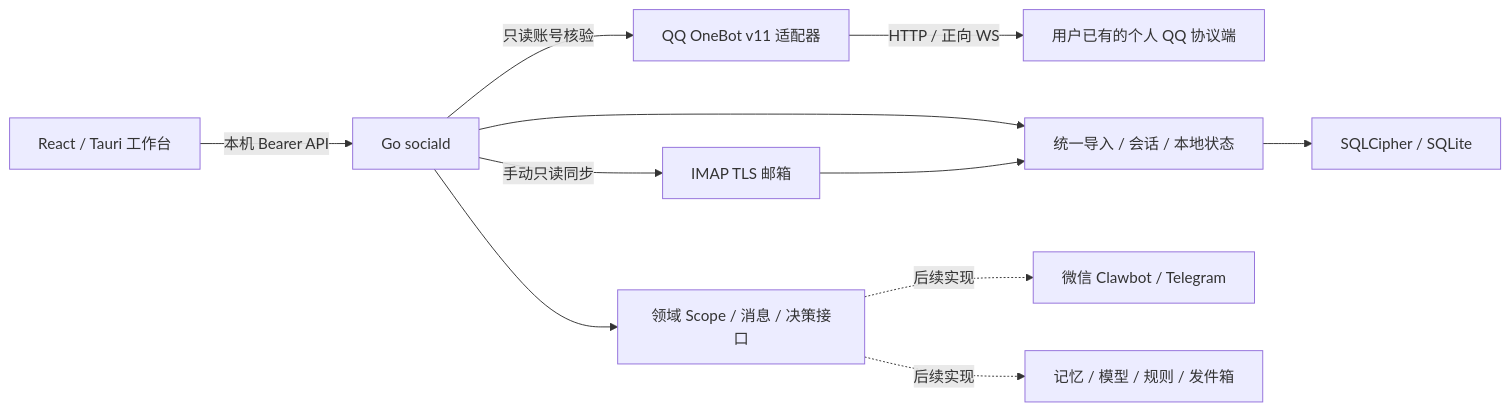
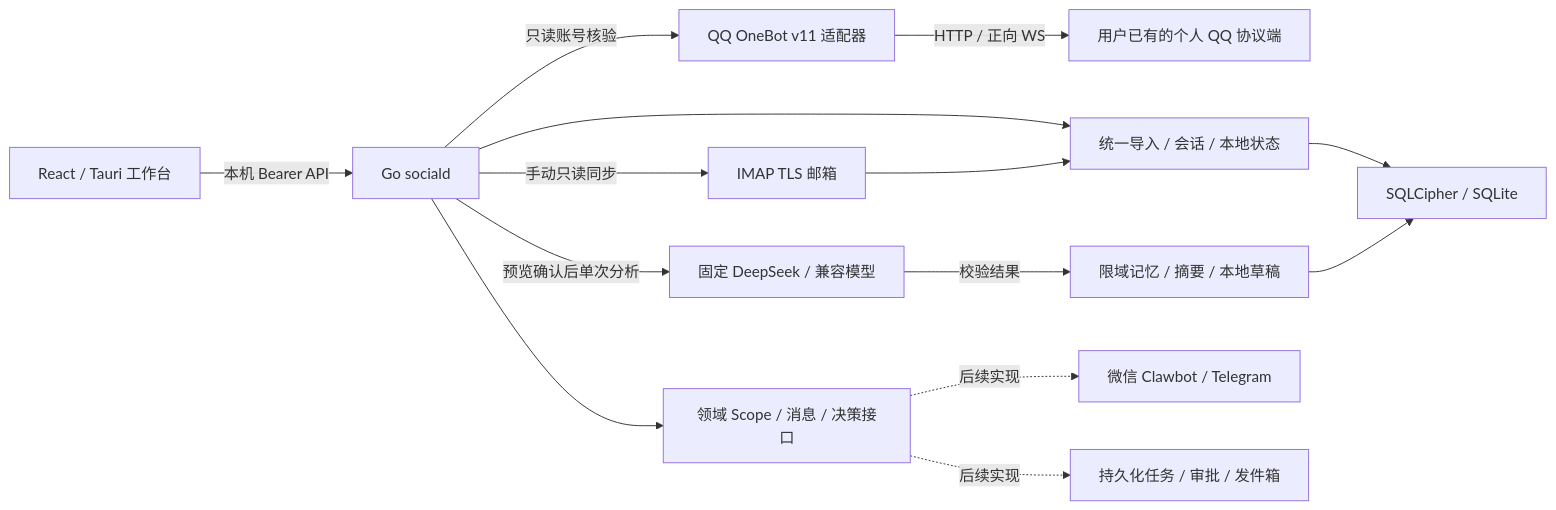
One commit to qilinbro/msg-manager changed the diagram in README.md. Above: the diagram before and after it, drawn with Mermaid. The commit also changed other lines of this file and 39 other files, not shown here.

````diff
--- a/README.md
+++ b/README.md
@@ -78,13 +79,16 @@
 ```mermaid
 flowchart LR
     UI[React / Tauri 工作台] -->|本机 Bearer API| API[Go sociald]
     API -->|只读账号核验| QQ[QQ OneBot v11 适配器]
     QQ -->|HTTP / 正向 WS| PROVIDER[用户已有的个人 QQ 协议端]
     API --> DOMAIN[领域 Scope / 消息 / 决策接口]
     API --> INBOX[统一导入 / 会话 / 本地状态]
     INBOX --> STORE[SQLCipher / SQLite]
     API -->|手动只读同步| EMAIL[IMAP TLS 邮箱]
     EMAIL --> INBOX
+    API -->|预览确认后单次分析| AI[固定 DeepSeek / 兼容模型]
+    AI -->|校验结果| MEMORY[限域记忆 / 摘要 / 本地草稿]
+    MEMORY --> STORE
     DOMAIN -. 后续实现 .-> CONNECTOR[微信 Clawbot / Telegram]
-    DOMAIN -. 后续实现 .-> AGENT[记忆 / 模型 / 规则 / 发件箱]
+    DOMAIN -. 后续实现 .-> AGENT[持久化任务 / 审批 / 发件箱]
 ```
````
